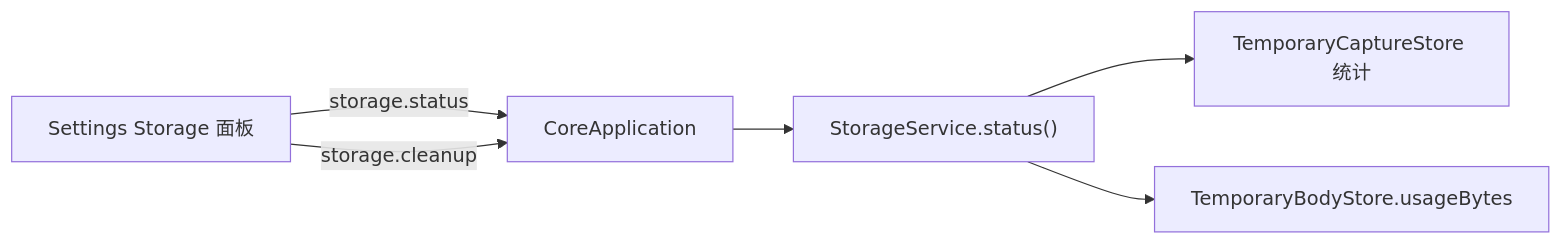
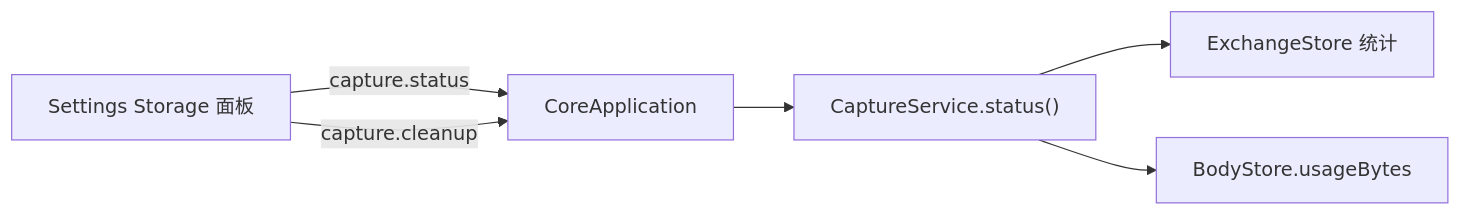
One commit to zhxmt-xm/Interceptor changed the seventh of 7 diagrams in architecture/feature-settings.md. Above: the diagram before and after it, drawn with Mermaid. The commit also changed other lines of this file and 237 other files, not shown here.

````diff
--- a/architecture/feature-settings.md
+++ b/architecture/feature-settings.md
@@ -256,8 +256,8 @@
 ```mermaid
 flowchart LR
-    UI["Settings Storage 面板"] -->|"storage.status"| App["CoreApplication"]
-    App --> Storage["StorageService.status()"]
-    Storage --> Capture["TemporaryCaptureStore 统计"]
-    Storage --> Body["TemporaryBodyStore.usageBytes"]
-    UI -->|"storage.cleanup"| App
+    UI["Settings Storage 面板"] -->|"capture.status"| App["CoreApplication"]
+    App --> Storage["CaptureService.status()"]
+    Storage --> Capture["ExchangeStore 统计"]
+    Storage --> Body["BodyStore.usageBytes"]
+    UI -->|"capture.cleanup"| App
 ```
````
